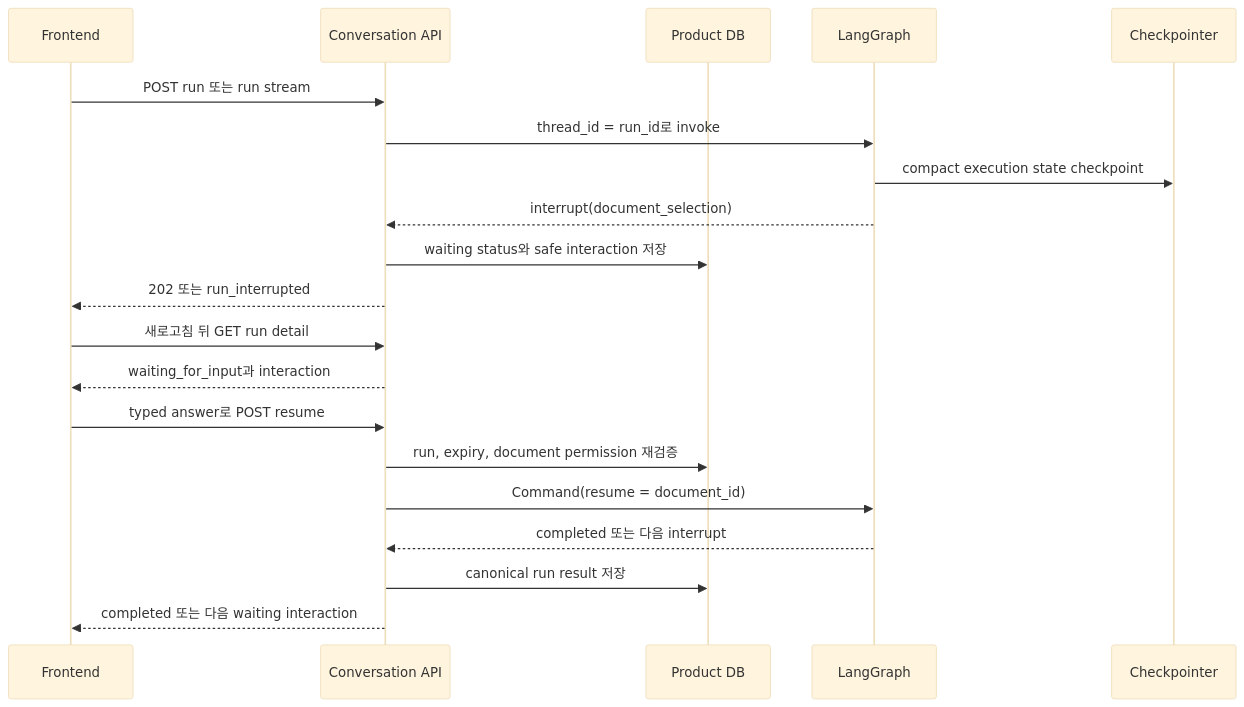
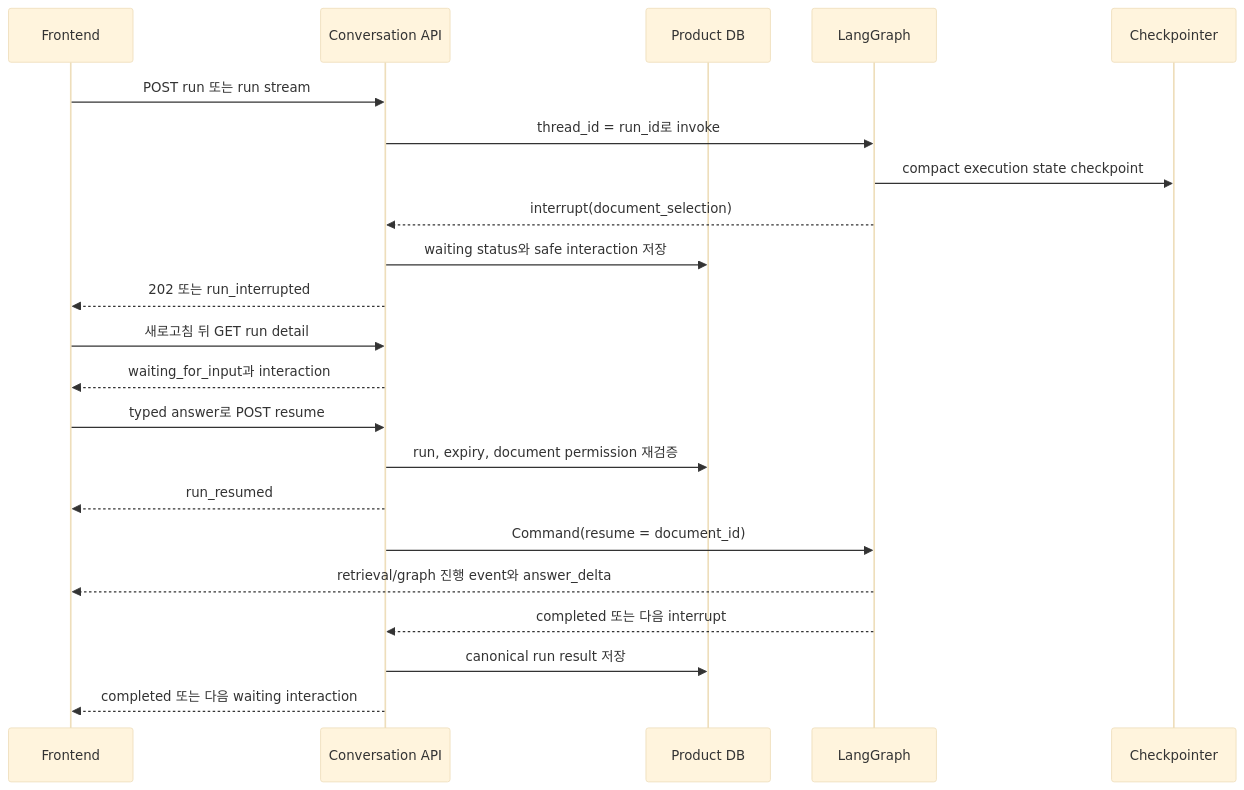
One commit to heecheon92/my-agents changed the first of 2 diagrams in docs/product-chat-service/ko/27-agent-frontend-interaction-contract.md. Above: the diagram before and after it, drawn with Mermaid (base theme). The commit also changed other lines of this file and 14 other files, not shown here.

````diff
--- a/docs/product-chat-service/ko/27-agent-frontend-interaction-contract.md
+++ b/docs/product-chat-service/ko/27-agent-frontend-interaction-contract.md
@@ -91,23 +91,25 @@
 ```mermaid
 sequenceDiagram
     participant UI as Frontend
     participant API as Conversation API
     participant DB as Product DB
     participant Graph as LangGraph
     participant CP as Checkpointer
 
     UI->>API: POST run 또는 run stream
     API->>Graph: thread_id = run_id로 invoke
     Graph->>CP: compact execution state checkpoint
     Graph-->>API: interrupt(document_selection)
     API->>DB: waiting status와 safe interaction 저장
     API-->>UI: 202 또는 run_interrupted
     UI->>API: 새로고침 뒤 GET run detail
     API-->>UI: waiting_for_input과 interaction
     UI->>API: typed answer로 POST resume
     API->>DB: run, expiry, document permission 재검증
+    API-->>UI: run_resumed
     API->>Graph: Command(resume = document_id)
+    Graph-->>UI: retrieval/graph 진행 event와 answer_delta
     Graph-->>API: completed 또는 다음 interrupt
     API->>DB: canonical run result 저장
     API-->>UI: completed 또는 다음 waiting interaction
 ```
````
